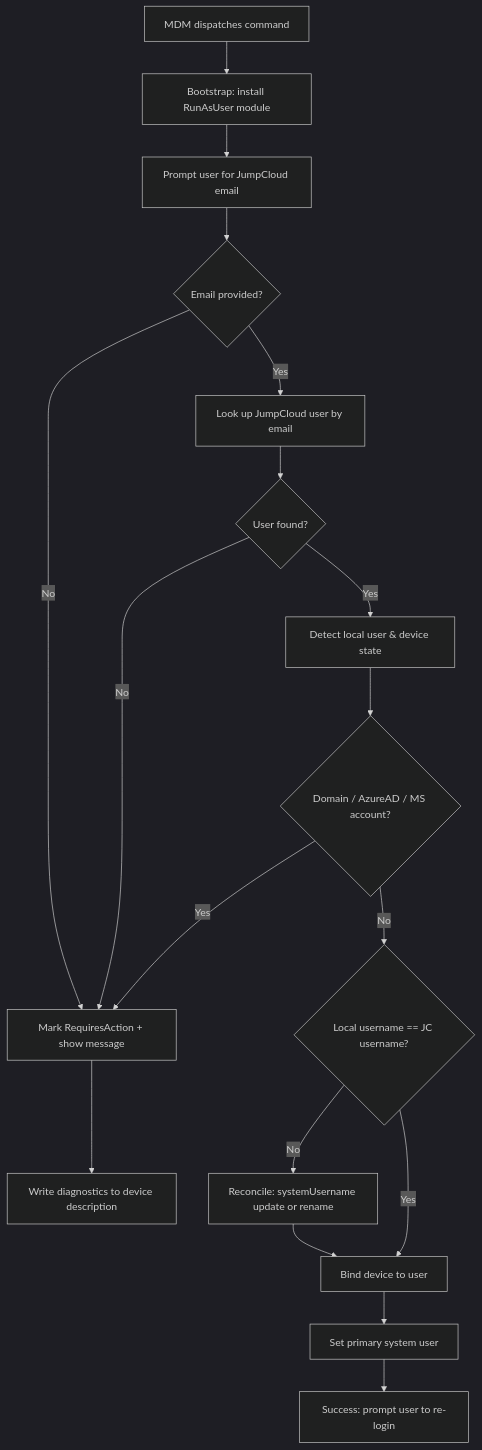
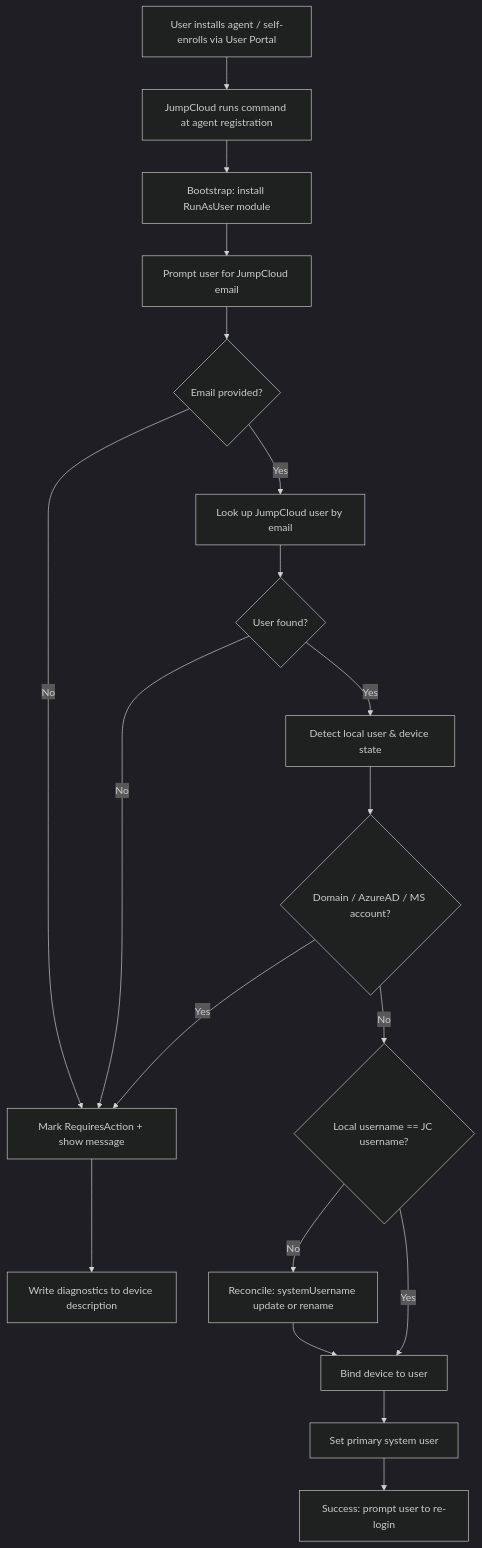
One commit to rahultestingjc/jumpcloud-onboarding-toolkit changed the diagram in README.md. Above: the diagram before and after it, drawn with Mermaid (dark theme). The commit also changed other lines of this file, not shown here.

````diff
--- a/README.md
+++ b/README.md
@@ -94,20 +95,21 @@
 ```mermaid
 flowchart TD
-    A[MDM dispatches command] --> B[Bootstrap: install RunAsUser module]
+    A[User installs agent / self-enrolls via User Portal] --> A2[JumpCloud runs command at agent registration]
+    A2 --> B[Bootstrap: install RunAsUser module]
     B --> C[Prompt user for JumpCloud email]
     C --> D{Email provided?}
     D -- No --> X[Mark RequiresAction + show message]
     D -- Yes --> E[Look up JumpCloud user by email]
     E --> F{User found?}
     F -- No --> X
     F -- Yes --> G[Detect local user & device state]
     G --> H{Domain / AzureAD / MS account?}
     H -- Yes --> X
     H -- No --> I{Local username == JC username?}
     I -- No --> J[Reconcile: systemUsername update or rename]
     I -- Yes --> K[Bind device to user]
     J --> K
     K --> L[Set primary system user]
     L --> M[Success: prompt user to re-login]
     X --> N[Write diagnostics to device description]
 ```
````
